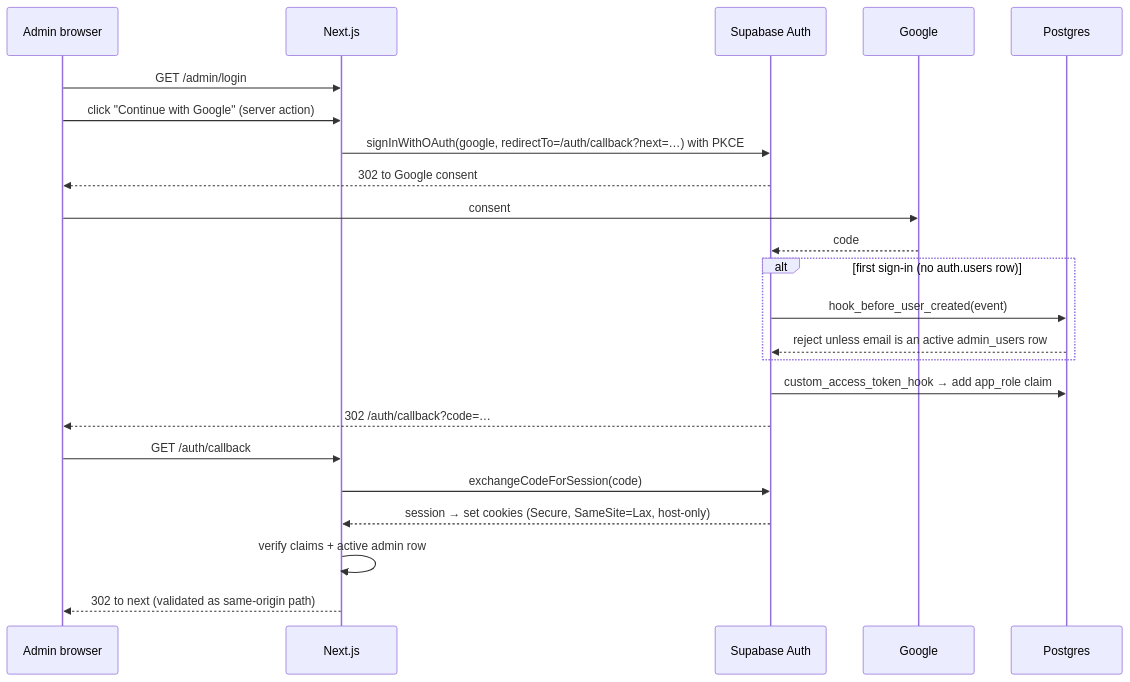
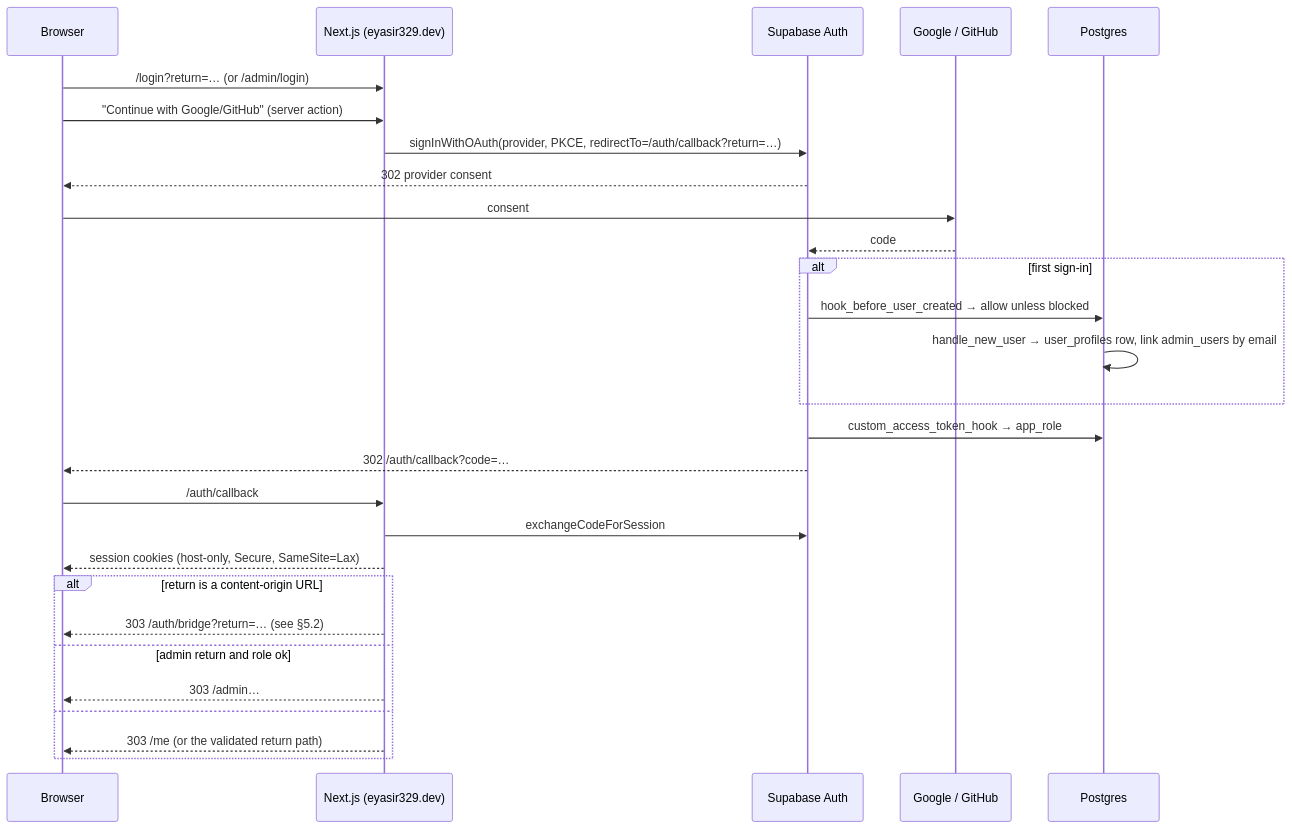
One commit to eyasir329/portfolio changed the diagram in docs/08-auth-and-security.md. Above: the diagram before and after it, drawn with Mermaid. The commit also changed other lines of this file and 25 other files, not shown here.

````diff
--- a/docs/08-auth-and-security.md
+++ b/docs/08-auth-and-security.md
@@ -31,25 +37,30 @@
 ```mermaid
 sequenceDiagram
-  participant U as Admin browser
-  participant N as Next.js
+  participant U as Browser
+  participant N as Next.js (eyasir329.dev)
   participant S as Supabase Auth
-  participant G as Google
+  participant P as Google / GitHub
   participant DB as Postgres
-  U->>N: GET /admin/login
-  U->>N: click "Continue with Google" (server action)
-  N->>S: signInWithOAuth(google, redirectTo=/auth/callback?next=…) with PKCE
-  S-->>U: 302 to Google consent
-  U->>G: consent
-  G-->>S: code
-  alt first sign-in (no auth.users row)
-    S->>DB: hook_before_user_created(event)
-    DB-->>S: reject unless email is an active admin_users row
+  U->>N: /login?return=… (or /admin/login)
+  U->>N: "Continue with Google/GitHub" (server action)
+  N->>S: signInWithOAuth(provider, PKCE, redirectTo=/auth/callback?return=…)
+  S-->>U: 302 provider consent
+  U->>P: consent
+  P-->>S: code
+  alt first sign-in
+    S->>DB: hook_before_user_created → allow unless blocked
+    DB->>DB: handle_new_user → user_profiles row, link admin_users by email
   end
-  S->>DB: custom_access_token_hook → add app_role claim
+  S->>DB: custom_access_token_hook → app_role
   S-->>U: 302 /auth/callback?code=…
-  U->>N: GET /auth/callback
-  N->>S: exchangeCodeForSession(code)
-  S-->>N: session → set cookies (Secure, SameSite=Lax, host-only)
-  N->>N: verify claims + active admin row
-  N-->>U: 302 to next (validated as same-origin path)
+  U->>N: /auth/callback
+  N->>S: exchangeCodeForSession
+  N-->>U: session cookies (host-only, Secure, SameSite=Lax)
+  alt return is a content-origin URL
+    N-->>U: 303 /auth/bridge?return=… (see §5.2)
+  else admin return and role ok
+    N-->>U: 303 /admin…
+  else
+    N-->>U: 303 /me (or the validated return path)
+  end
 ```
````
